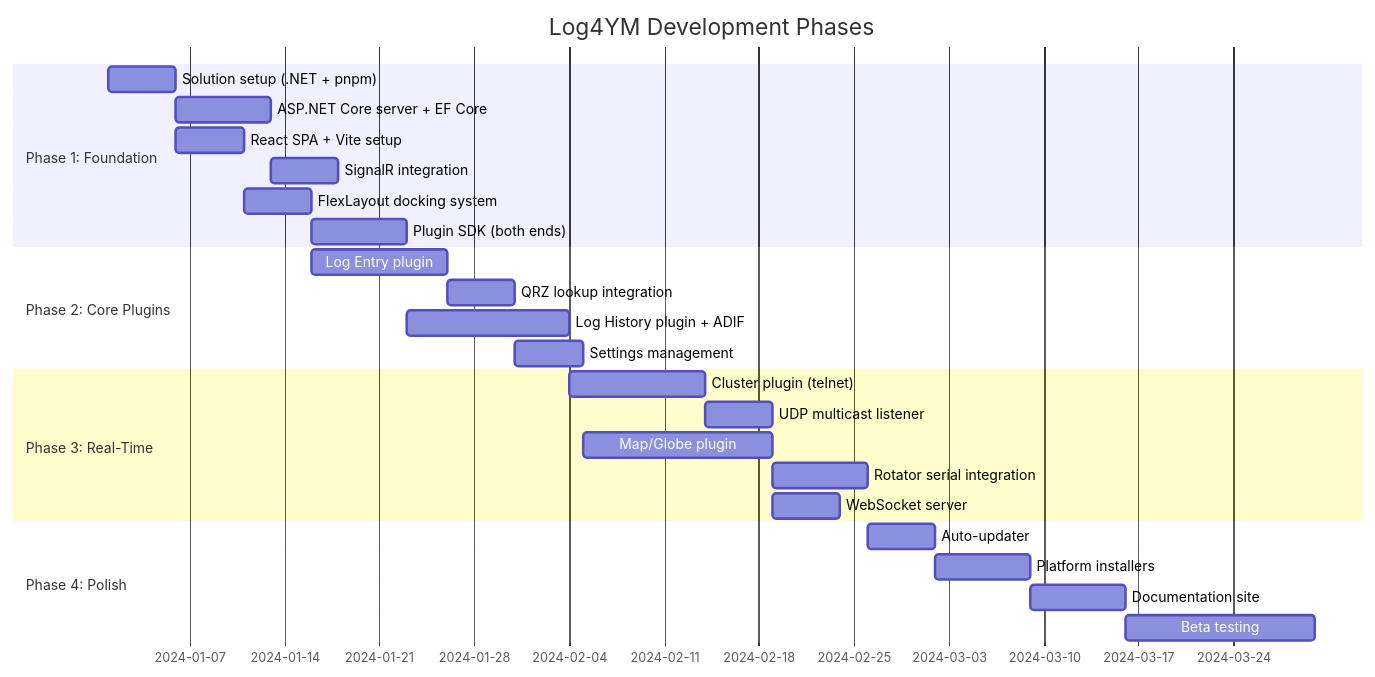
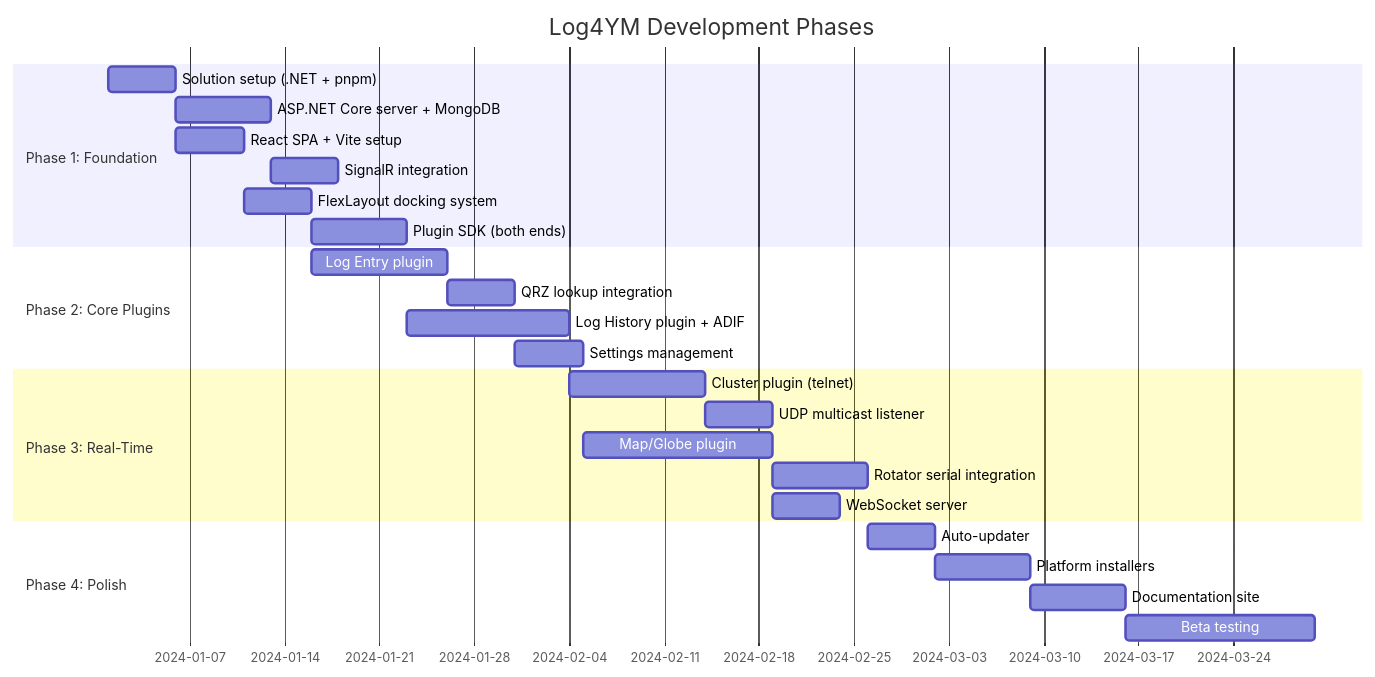
Before and after one commit to EI6JGB/Log4YM: the tenth of 11 diagrams in docs/prds/log4ym-architecture.md, drawn with Mermaid. The commit also changed other lines of this file, not shown here.

First line of the commit message:
docs: switch from SQLite to MongoDB for data storage

````diff
--- a/docs/prds/log4ym-architecture.md
+++ b/docs/prds/log4ym-architecture.md
@@ -1509,31 +1686,31 @@
 ```mermaid
 gantt
     title Log4YM Development Phases
     dateFormat  YYYY-MM-DD
     section Phase 1: Foundation
     Solution setup (.NET + pnpm)      :p1a, 2024-01-01, 5d
-    ASP.NET Core server + EF Core     :p1b, after p1a, 7d
+    ASP.NET Core server + MongoDB      :p1b, after p1a, 7d
     React SPA + Vite setup            :p1c, after p1a, 5d
     SignalR integration               :p1d, after p1b, 5d
     FlexLayout docking system         :p1e, after p1c, 5d
     Plugin SDK (both ends)            :p1f, after p1e, 7d
 
     section Phase 2: Core Plugins
     Log Entry plugin                  :p2a, after p1e, 10d
     QRZ lookup integration            :p2b, after p2a, 5d
     Log History plugin + ADIF         :p2c, after p1f, 12d
     Settings management               :p2d, after p2b, 5d
 
     section Phase 3: Real-Time
     Cluster plugin (telnet)           :p3a, after p2c, 10d
     UDP multicast listener            :p3b, after p3a, 5d
     Map/Globe plugin                  :p3c, after p2d, 14d
     Rotator serial integration        :p3d, after p3c, 7d
     WebSocket server                  :p3e, after p3b, 5d
 
     section Phase 4: Polish
     Auto-updater                      :p4a, after p3d, 5d
     Platform installers               :p4b, after p4a, 7d
     Documentation site                :p4c, after p4b, 7d
     Beta testing                      :p4d, after p4c, 14d
 ```
````
